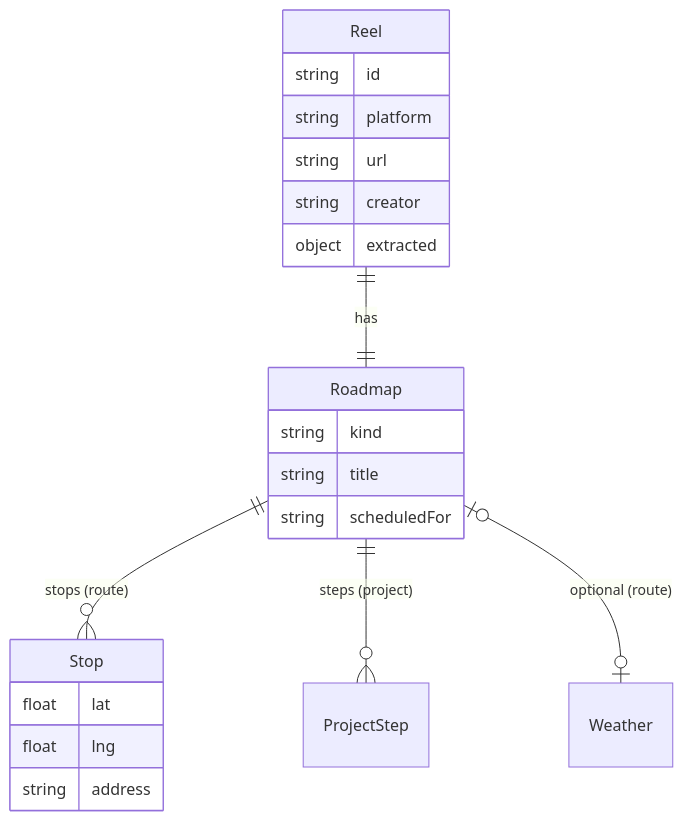
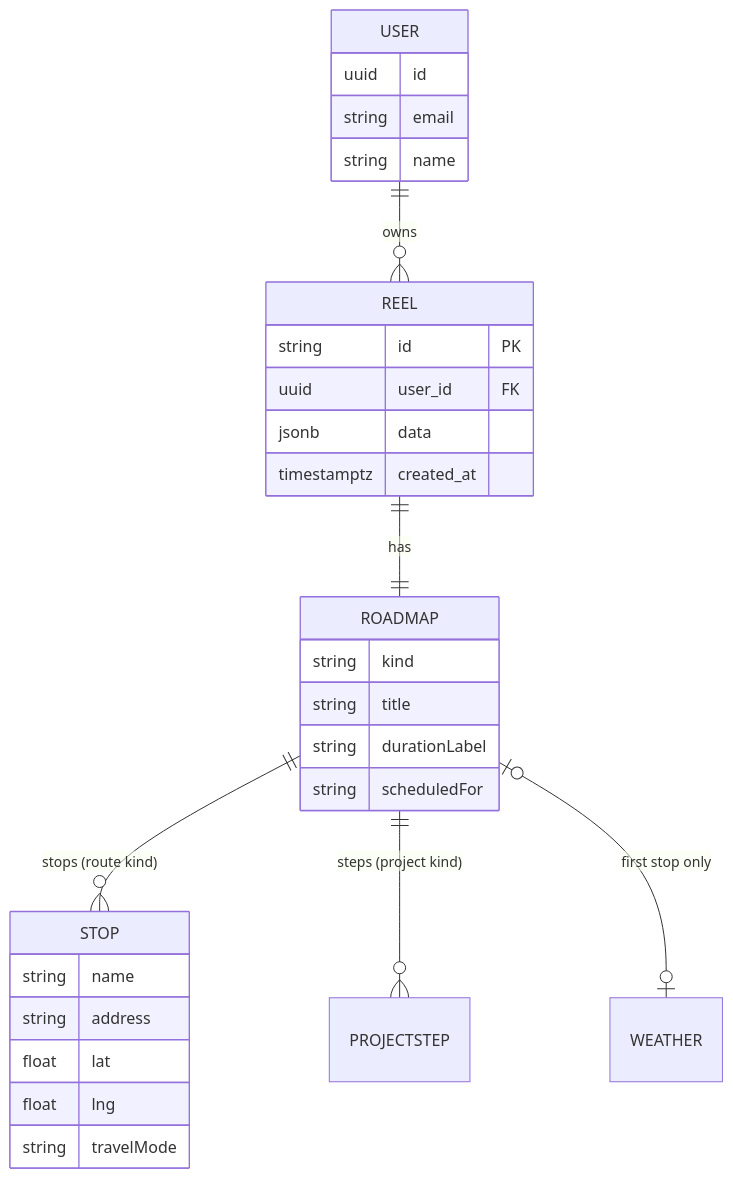
The sixth of 6 diagrams in architecture/updated-architecture.md (CSEN-SCU/csen-174-s26-team-project-roots-app), drawn with Mermaid before and after one commit. The commit also changed other lines of this file, not shown here.

Commit message:
update architecture diagrams to reflect Supabase migration

````diff
--- a/architecture/updated-architecture.md
+++ b/architecture/updated-architecture.md
@@ -201,25 +247,33 @@
 ```mermaid
 erDiagram
-    Reel ||--|| Roadmap : has
-    Roadmap ||--o{ Stop : "stops (route)"
-    Roadmap ||--o{ ProjectStep : "steps (project)"
-    Roadmap |o--o| Weather : "optional (route)"
+    USER ||--o{ REEL : owns
+    REEL ||--|| ROADMAP : has
+    ROADMAP ||--o{ STOP : "stops (route kind)"
+    ROADMAP ||--o{ PROJECTSTEP : "steps (project kind)"
+    ROADMAP |o--o| WEATHER : "first stop only"
 
-    Reel {
-        string id
-        string platform
-        string url
-        string creator
-        object extracted
+    USER {
+        uuid   id
+        string email
+        string name
     }
-    Roadmap {
+    REEL {
+        string      id          PK
+        uuid        user_id     FK
+        jsonb       data
+        timestamptz created_at
+    }
+    ROADMAP {
         string kind
         string title
+        string durationLabel
         string scheduledFor
     }
-    Stop {
-        float lat
-        float lng
+    STOP {
+        string name
         string address
+        float  lat
+        float  lng
+        string travelMode
     }
 ```
````
